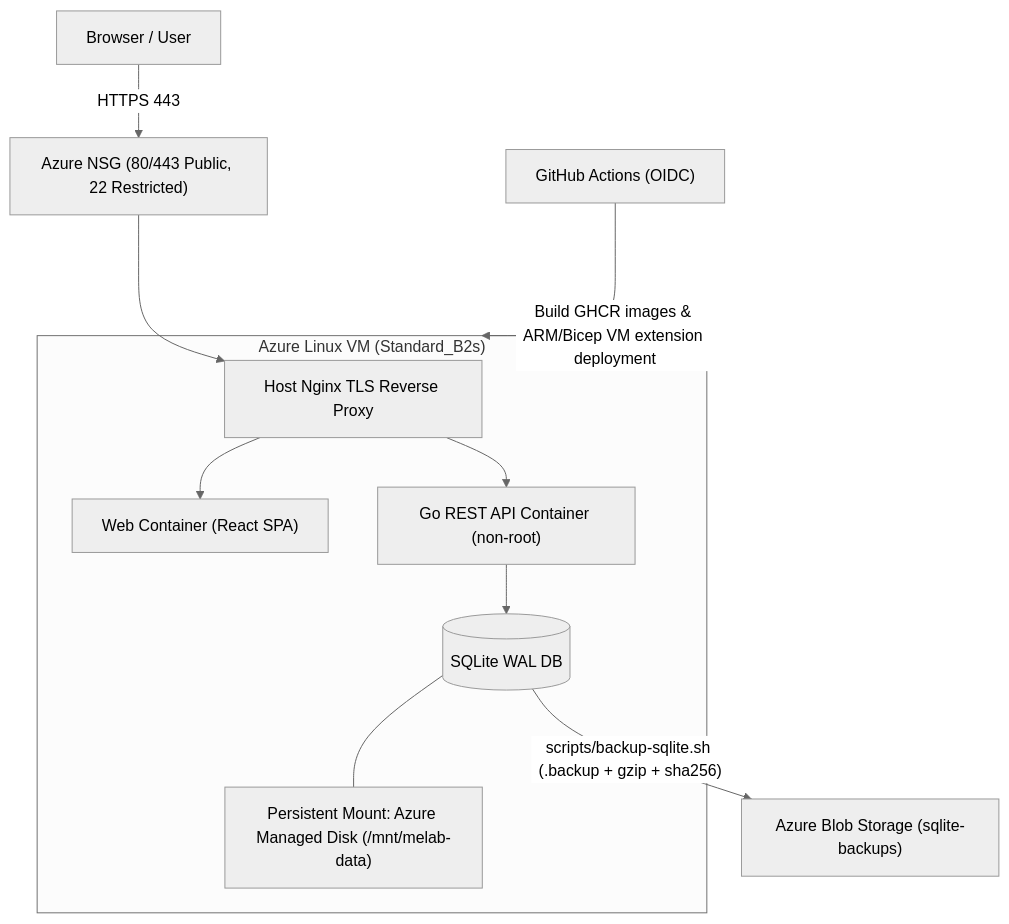
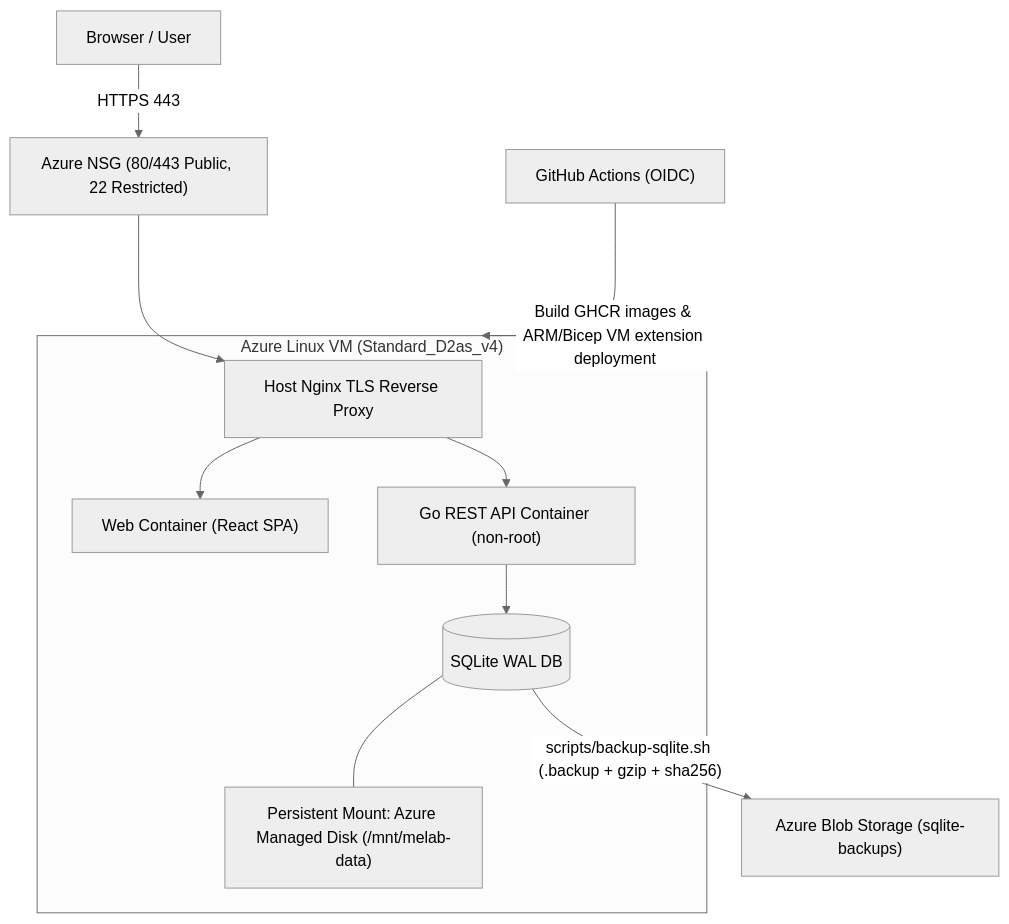
One commit to felipinhobgtom/me-lab changed the third of 3 diagrams in README.md. Above: the diagram before and after it, drawn with Mermaid (neutral theme). The commit also changed other lines of this file and 4 other files, not shown here.

````diff
--- a/README.md
+++ b/README.md
@@ -112,13 +112,13 @@
 ```mermaid
 flowchart TB
     Browser["Browser / User"] -->|"HTTPS 443"| NSG["Azure NSG (80/443 Public, 22 Restricted)"]
     NSG --> Nginx["Host Nginx TLS Reverse Proxy"]
-    subgraph VM["Azure Linux VM (Standard_B2s)"]
+    subgraph VM["Azure Linux VM (Standard_D2as_v4)"]
         Nginx --> Web["Web Container (React SPA)"]
         Nginx --> API["Go REST API Container (non-root)"]
         API --> SQLite[("SQLite WAL DB")]
         SQLite --- Disk["Persistent Mount: Azure Managed Disk (/mnt/melab-data)"]
     end
     SQLite -->|"scripts/backup-sqlite.sh (.backup + gzip + sha256)"| Blob["Azure Blob Storage (sqlite-backups)"]
     GHA["GitHub Actions (OIDC)"] -->|"Build GHCR images & ARM/Bicep VM extension deployment"| VM
 ```
````
